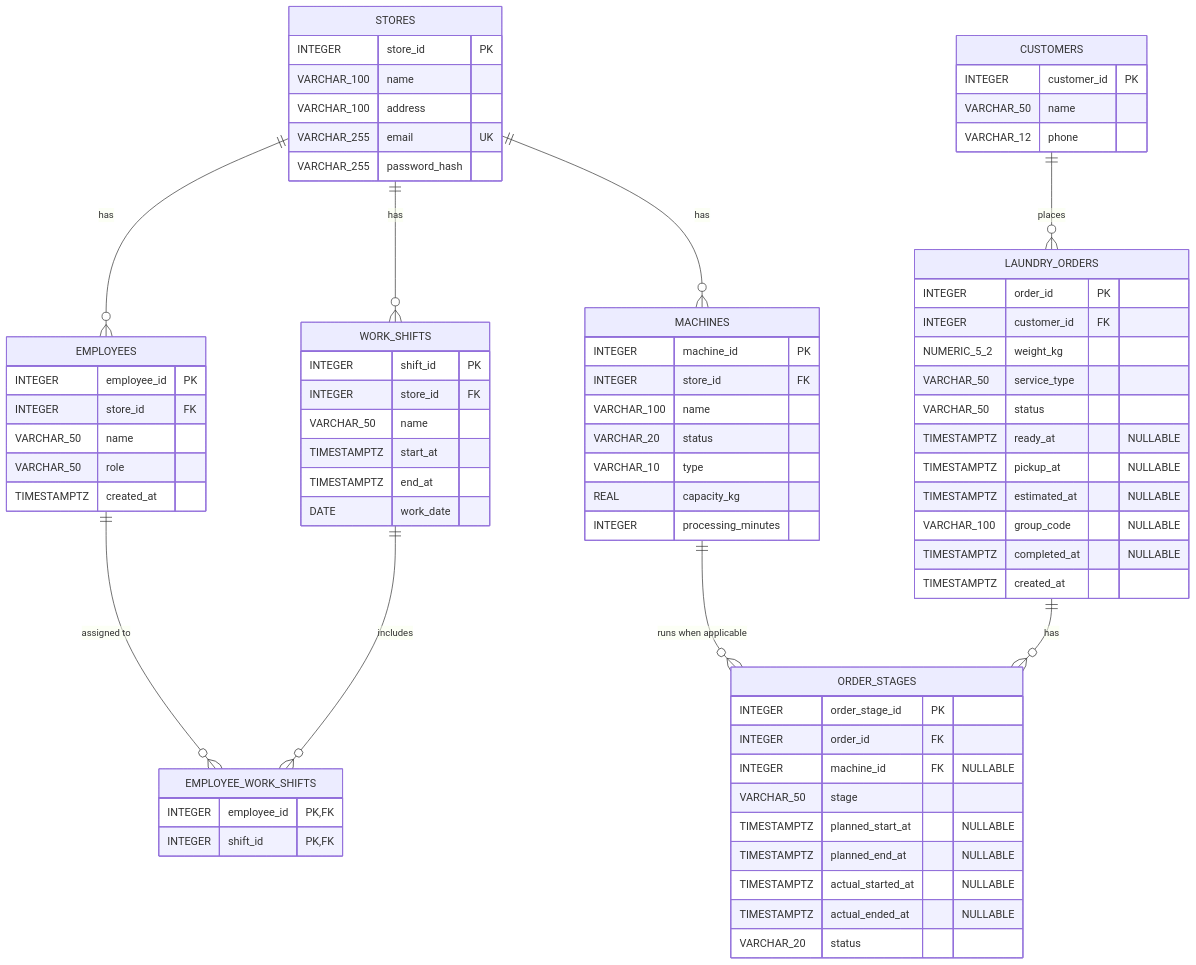
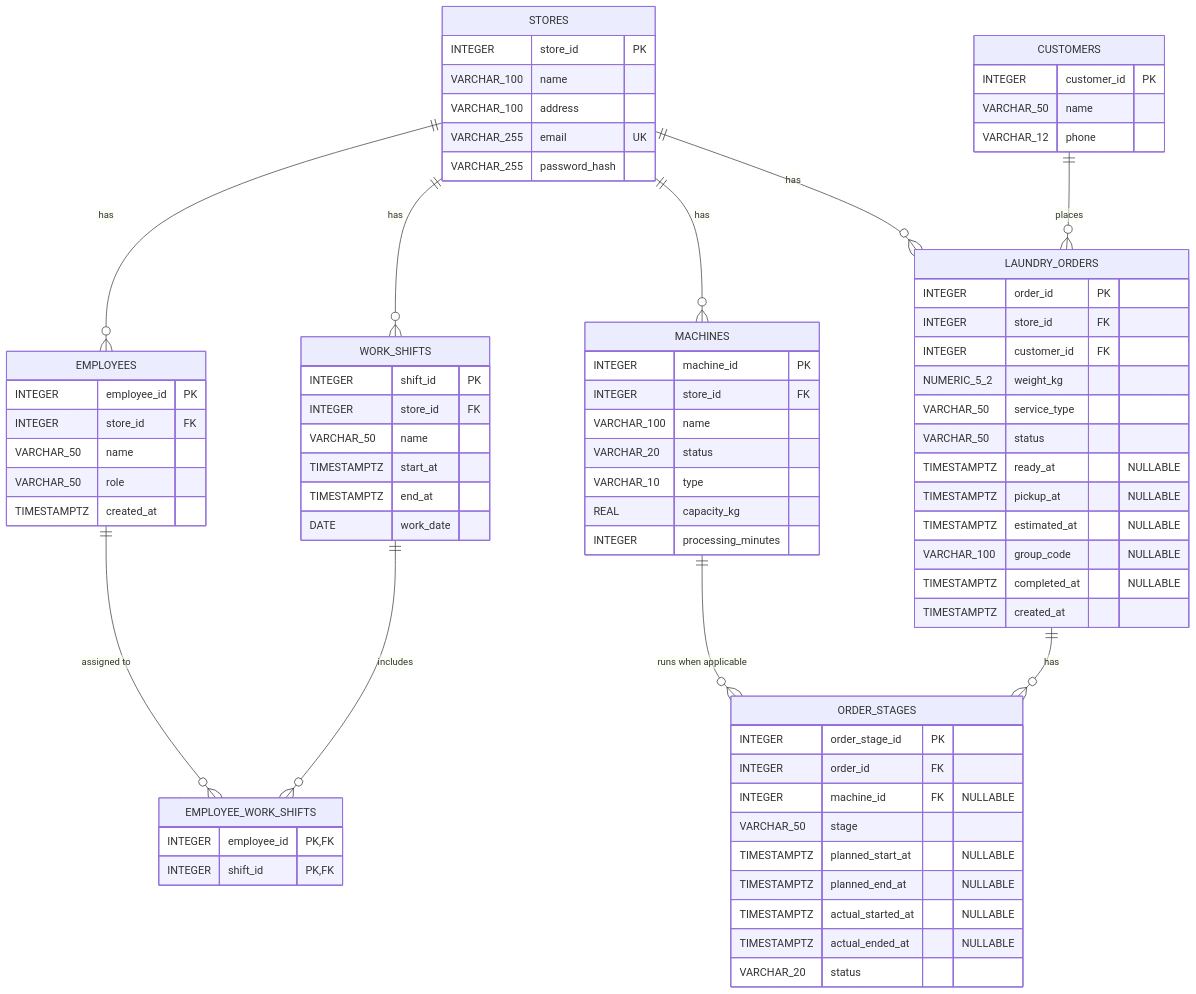
The diagram in src/backend/docs/db.md (Spring-anzuaviv/HCI), drawn with Mermaid before and after one commit. The commit also changed other lines of this file and 18 other files, not shown here.

```diff
--- a/src/backend/docs/db.md
+++ b/src/backend/docs/db.md
@@ -51,6 +51,7 @@
 
     LAUNDRY_ORDERS {
         INTEGER order_id PK
+        INTEGER store_id FK
         INTEGER customer_id FK
         NUMERIC_5_2 weight_kg
         VARCHAR_50 service_type
@@ -78,6 +79,7 @@
     STORES ||--o{ EMPLOYEES : "has"
     STORES ||--o{ WORK_SHIFTS : "has"
     STORES ||--o{ MACHINES : "has"
+    STORES ||--o{ LAUNDRY_ORDERS : "has"
 
     EMPLOYEES ||--o{ EMPLOYEE_WORK_SHIFTS : "assigned to"
     WORK_SHIFTS ||--o{ EMPLOYEE_WORK_SHIFTS : "includes"
```
